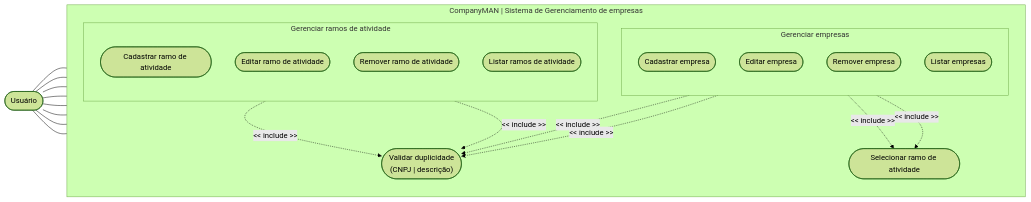
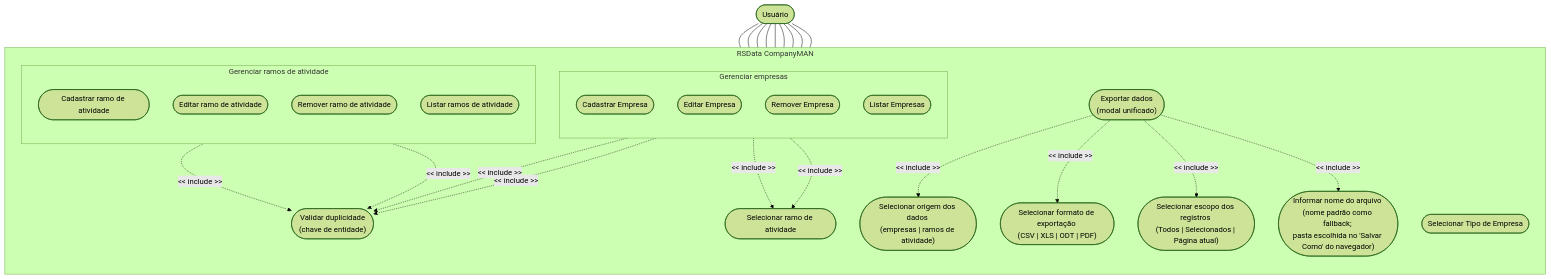
The first of 4 diagrams in resources/docs/md/03-casos-de-uso.md (lwglg/jsf-ps-starter-app), drawn with Mermaid (forest theme) before and after one commit. The commit also changed other lines of this file and 78 other files, not shown here.

````diff
--- a/resources/docs/md/03-casos-de-uso.md
+++ b/resources/docs/md/03-casos-de-uso.md
@@ -59,44 +67,58 @@
 ```mermaid
-flowchart LR
+flowchart
+    direction TB
     Usuario(["Usuário"])
 
-    subgraph SIS["CompanyMAN | Sistema de Gerenciamento de empresas"]
+    subgraph SIS["RSData CompanyMAN"]
         direction TB
 
         subgraph PKG1["Gerenciar ramos de atividade"]
             direction TB
             UC1(["Cadastrar ramo de atividade"])
             UC2(["Editar ramo de atividade"])
             UC3(["Remover ramo de atividade"])
             UC4(["Listar ramos de atividade"])
         end
 
         subgraph PKG2["Gerenciar empresas"]
             direction TB
-            UC5(["Cadastrar empresa"])
-            UC6(["Editar empresa"])
-            UC7(["Remover empresa"])
-            UC8(["Listar empresas"])
+            UC5(["Cadastrar Empresa"])
+            UC6(["Editar Empresa"])
+            UC7(["Remover Empresa"])
+            UC8(["Listar Empresas"])
         end
 
-        UCX(["Validar duplicidade <br/>(CNPJ | descrição)"])
+        UC11(["Exportar dados <br/>(modal unificado)"])
+
+        UCX(["Validar duplicidade <br/>(chave de entidade)"])
         UCY(["Selecionar ramo de atividade"])
+        UCZ(["Selecionar Tipo de Empresa"])
+        UCV(["Selecionar origem dos dados <br/>(empresas | ramos de atividade)"])
+        UCW(["Selecionar formato de exportação <br/>(CSV | XLS | ODT | PDF)"])
+        UCT(["Selecionar escopo dos registros <br/>(Todos | Selecionados | Página atual)"])
+        UCU(["Informar nome do arquivo <br/>(nome padrão como fallback; <br/>pasta escolhida no 'Salvar Como' do navegador)"])
     end
 
     Usuario --- UC1
     Usuario --- UC2
     Usuario --- UC3
     Usuario --- UC4
     Usuario --- UC5
     Usuario --- UC6
     Usuario --- UC7
     Usuario --- UC8
+    Usuario --- UC11
 
     UC1 -.->|"<< include >>"| UCX
     UC2 -.->|"<< include >>"| UCX
     UC5 -.->|"<< include >>"| UCX
     UC6 -.->|"<< include >>"| UCX
 
     UC5 -.->|"<< include >>"| UCY
     UC6 -.->|"<< include >>"| UCY
+
+    UC11 -.->|"<< include >>"| UCV
+    UC11 -.->|"<< include >>"| UCW
+    UC11 -.->|"<< include >>"| UCT
+    UC11 -.->|"<< include >>"| UCU
 ```
````
